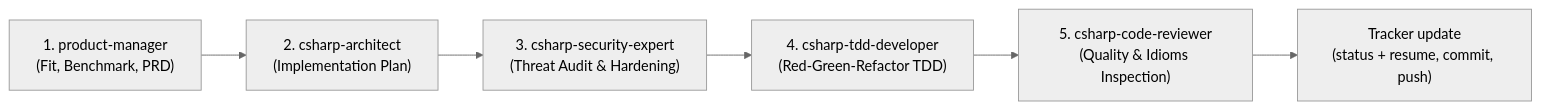
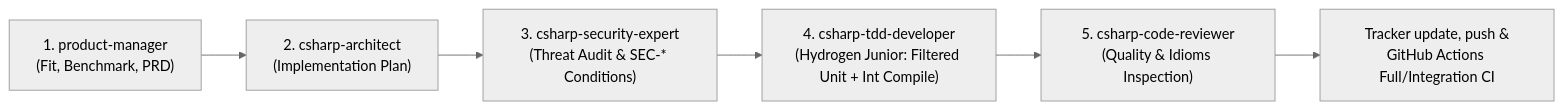
One commit to themulle/autheris changed the diagram in .agents/agents/project-manager.md. Above: the diagram before and after it, drawn with Mermaid (neutral theme). The commit also changed other lines of this file and 12 other files, not shown here.

Commit message:
chore(agents): establish senior-argon junior-hydrogen pairing and github integration test offload

````diff
--- a/.agents/agents/project-manager.md
+++ b/.agents/agents/project-manager.md
@@ -13,8 +25,8 @@
 ```mermaid
 flowchart LR
     P1["1. product-manager<br/>(Fit, Benchmark, PRD)"] --> P2["2. csharp-architect<br/>(Implementation Plan)"]
-    P2 --> P3["3. csharp-security-expert<br/>(Threat Audit & Hardening)"]
-    P3 --> P4["4. csharp-tdd-developer<br/>(Red-Green-Refactor TDD)"]
+    P2 --> P3["3. csharp-security-expert<br/>(Threat Audit & SEC-* Conditions)"]
+    P3 --> P4["4. csharp-tdd-developer<br/>(Hydrogen Junior: Filtered Unit + Int Compile)"]
     P4 --> P5["5. csharp-code-reviewer<br/>(Quality & Idioms Inspection)"]
-    P5 --> T["Tracker update<br/>(status + resume, commit, push)"]
+    P5 --> T["Tracker update, push &<br/>GitHub Actions Full/Integration CI"]
 ```
````
